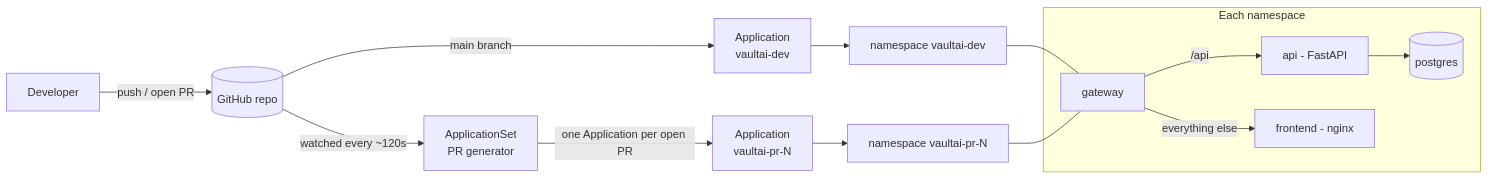
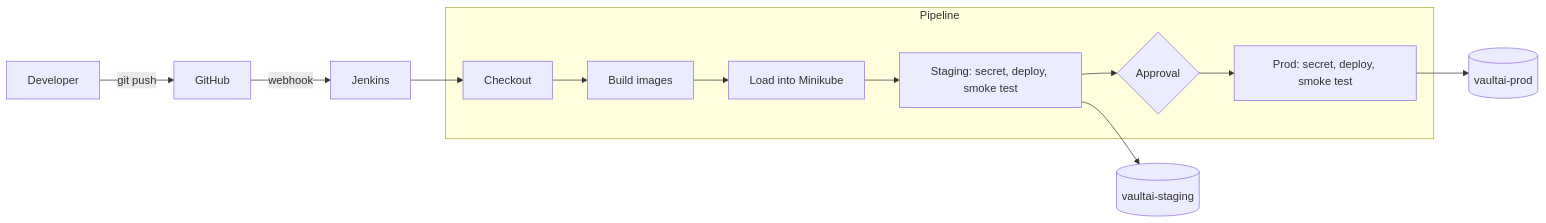
One commit to kernal05/Finacplus-Vaultai changed the diagram in README.md. Above: the diagram before and after it, drawn with Mermaid. The commit also changed other lines of this file, not shown here.

Commit message:
Fix README: Jenkins CI/CD pipeline docs and architecture diagram

````diff
--- a/README.md
+++ b/README.md
@@ -14,16 +13,12 @@
 ```mermaid
 flowchart LR
-    Dev[Developer] -->|push / open PR| GH[(GitHub repo)]
-    GH -->|watched every ~120s| AS[ApplicationSet<br/>PR generator]
-    GH -->|main branch| APP[Application<br/>vaultai-dev]
-    AS -->|one Application per open PR| PR[Application<br/>vaultai-pr-N]
-    APP --> NSD[namespace vaultai-dev]
-    PR --> NSP[namespace vaultai-pr-N]
-    subgraph Each namespace
-        GW[gateway] -->|/api| API[api - FastAPI]
-        GW -->|everything else| FE[frontend - nginx]
-        API --> DB[(postgres)]
-    end
-    NSD --- GW
-    NSP --- GW
+  Dev[Developer] -->|git push| GH[GitHub]
+  GH -->|webhook| J[Jenkins]
+  J --> A[Checkout]
+  subgraph Pipeline
+    A --> B[Build images] --> C[Load into Minikube] --> D[Staging: secret, deploy, smoke test] --> E{Approval}
+    E --> F[Prod: secret, deploy, smoke test]
+  end
+  D --> S[(vaultai-staging)]
+  F --> P[(vaultai-prod)]
 ```
````
